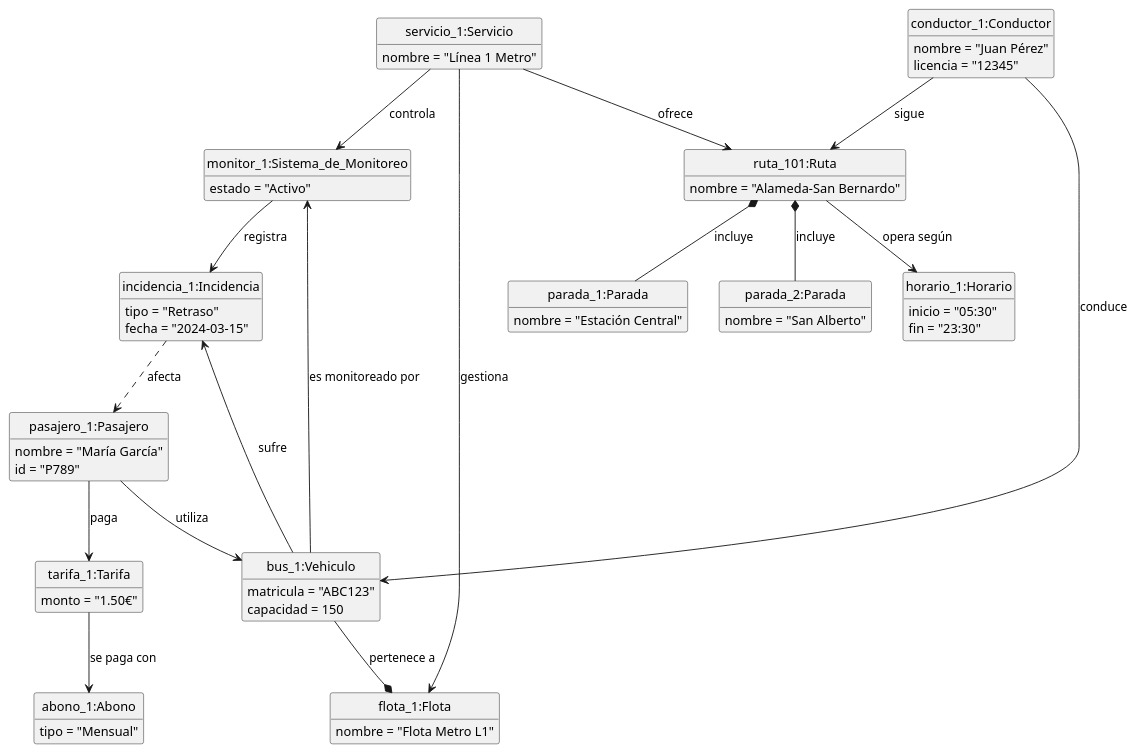
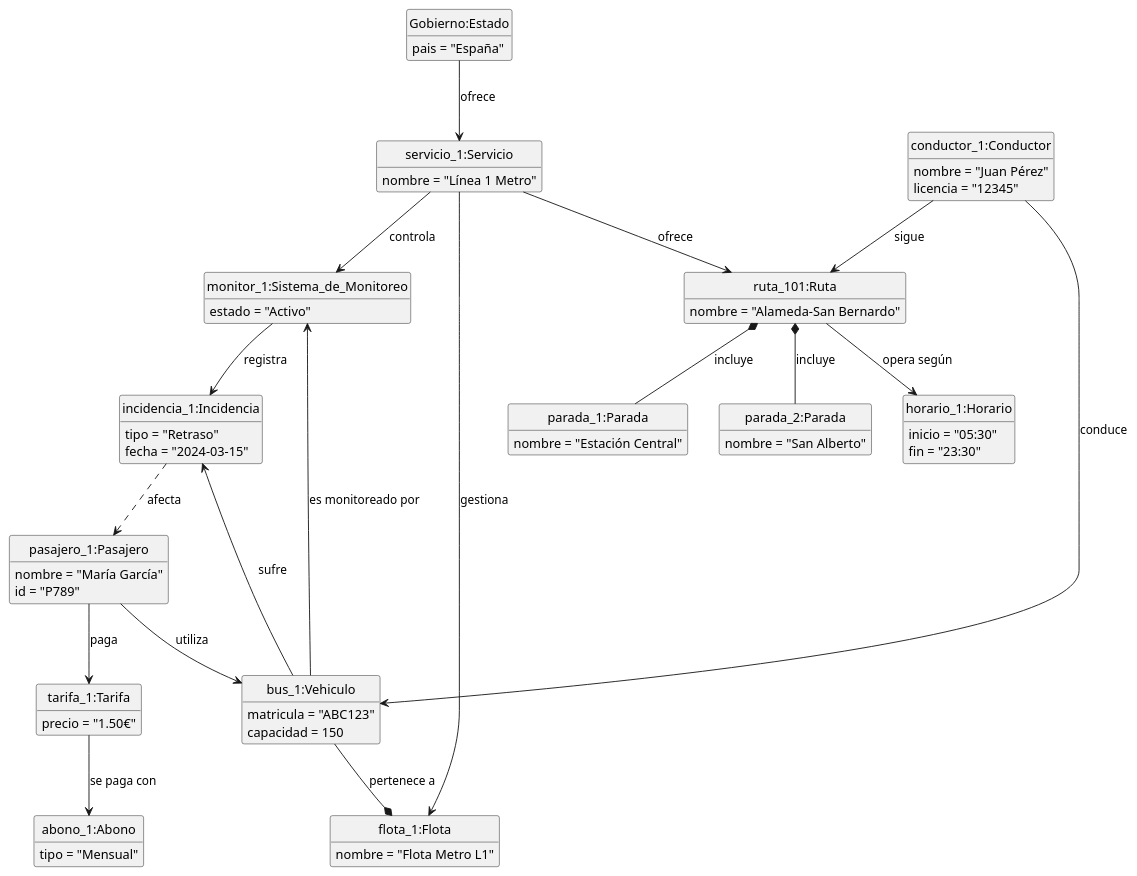
The diagram in modelosUML/ModeloDeDominioActualizado/DiagramaDeObjetosActualizado.puml (Ingenieria-Informatica-UNEATLANTICO/app-actividad-post-parcial-Dievex), drawn with PlantUML before and after one commit. The commit also changed 2 other files, not shown here.

```diff
--- a/modelosUML/ModeloDeDominioActualizado/DiagramaDeObjetosActualizado.puml
+++ b/modelosUML/ModeloDeDominioActualizado/DiagramaDeObjetosActualizado.puml
@@ -1,75 +1,80 @@
 @startuml DiagramaDeObjetosActualizado
 
     hide circle
     hide empty members
+
+    class "Gobierno:Estado" {
+        pais = "España"
+    }
     
     class "servicio_1:Servicio" {
         nombre = "Línea 1 Metro"
     }
     class "ruta_101:Ruta" {
         nombre = "Alameda-San Bernardo"
     }
     class "horario_1:Horario" {
         inicio = "05:30"
         fin = "23:30"
     }
     class "parada_1:Parada" {
         nombre = "Estación Central"
     }
     class "parada_2:Parada" {
         nombre = "San Alberto"
     }
     class "flota_1:Flota" {
         nombre = "Flota Metro L1"
     }
     class "bus_1:Vehiculo" {
         matricula = "ABC123"
         capacidad = 150
     }
     class "monitor_1:Sistema_de_Monitoreo" {
         estado = "Activo"
     }
     class "conductor_1:Conductor" {
         nombre = "Juan Pérez"
         licencia = "12345"
     }
     class "pasajero_1:Pasajero" {
         nombre = "María García"
         id = "P789"
     }
     class "incidencia_1:Incidencia" {
         tipo = "Retraso"
         fecha = "2024-03-15"
     }
     class "tarifa_1:Tarifa" {
-        monto = "1.50€"
+        precio = "1.50€"
     }
     class "abono_1:Abono" {
         tipo = "Mensual"
     }
 
+    "Gobierno:Estado" --> "servicio_1:Servicio" : ofrece
     "servicio_1:Servicio" --> "ruta_101:Ruta" : ofrece
     "servicio_1:Servicio" --> "flota_1:Flota" : gestiona
     "servicio_1:Servicio" --> "monitor_1:Sistema_de_Monitoreo" : controla
     
     "ruta_101:Ruta" --> "horario_1:Horario" : opera según
     "ruta_101:Ruta" *-- "parada_1:Parada" : incluye
     "ruta_101:Ruta" *-- "parada_2:Parada" : incluye
     
     "bus_1:Vehiculo" --* "flota_1:Flota" : pertenece a
     "bus_1:Vehiculo" --> "incidencia_1:Incidencia" : sufre
     "bus_1:Vehiculo" --> "monitor_1:Sistema_de_Monitoreo" : es monitoreado por
     
     "monitor_1:Sistema_de_Monitoreo" --> "incidencia_1:Incidencia" : registra
     
     "conductor_1:Conductor" --> "ruta_101:Ruta" : sigue
     "conductor_1:Conductor" --> "bus_1:Vehiculo" : conduce
     
     "pasajero_1:Pasajero" --> "bus_1:Vehiculo" : utiliza
     "pasajero_1:Pasajero" --> "tarifa_1:Tarifa" : paga
     
     "incidencia_1:Incidencia" ..> "pasajero_1:Pasajero" : afecta
     
     "tarifa_1:Tarifa" --> "abono_1:Abono" : se paga con
 
 @enduml
```
